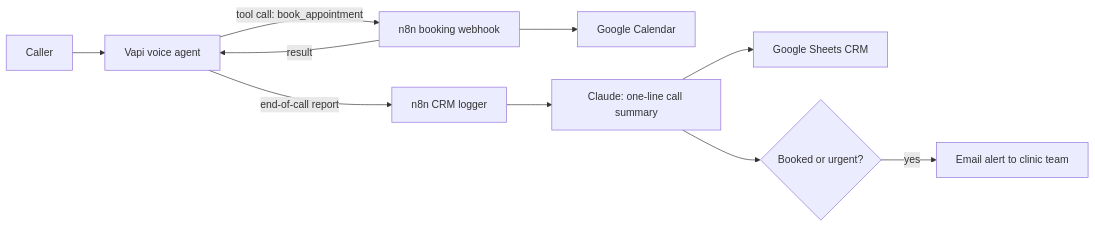
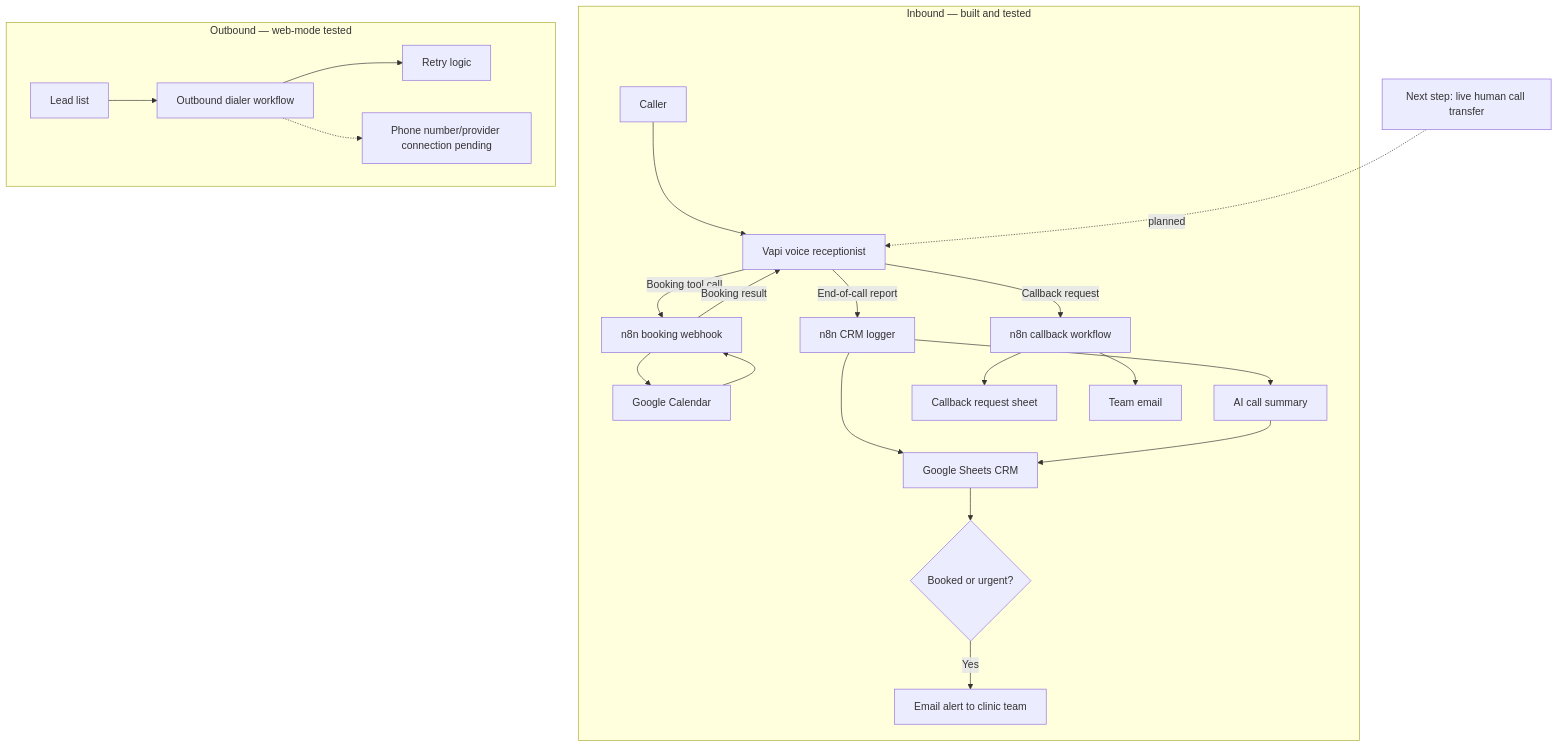
The diagram in README.md (Mizagbaje/ai-voice-receptionist-dental-clinic), drawn with Mermaid before and after one commit. The commit also changed other lines of this file, not shown here.

Commit message:
Update README with outbound dialer and callback workflow status

````diff
--- a/README.md
+++ b/README.md
@@ -26,12 +71,27 @@
 ```mermaid
-flowchart LR
-    A[Caller] --> B[Vapi voice agent]
-    B -->|tool call: book_appointment| C[n8n booking webhook]
-    C --> D[Google Calendar]
-    C -->|result| B
-    B -->|end-of-call report| E[n8n CRM logger]
-    E --> F[Claude: one-line call summary]
-    F --> G[Google Sheets CRM]
-    F --> H{Booked or urgent?}
-    H -->|yes| I[Email alert to clinic team]
+flowchart TD
+    subgraph IN["Inbound — built and tested"]
+        A[Caller] --> B[Vapi voice receptionist]
+        B -->|Booking tool call| C[n8n booking webhook]
+        C --> D[Google Calendar]
+        D --> C
+        C -->|Booking result| B
+        B -->|End-of-call report| E[n8n CRM logger]
+        E --> F[AI call summary]
+        E --> G[Google Sheets CRM]
+        F --> G
+        G --> H{Booked or urgent?}
+        H -->|Yes| I[Email alert to clinic team]
+        B -->|Callback request| J[n8n callback workflow]
+        J --> K[Callback request sheet]
+        J --> L[Team email]
+    end
+
+    subgraph OUT["Outbound — web-mode tested"]
+        M[Lead list] --> N[Outbound dialer workflow]
+        N --> O[Retry logic]
+        N -.-> P[Phone number/provider connection pending]
+    end
+
+    Q[Next step: live human call transfer] -. planned .-> B
 ```
````
